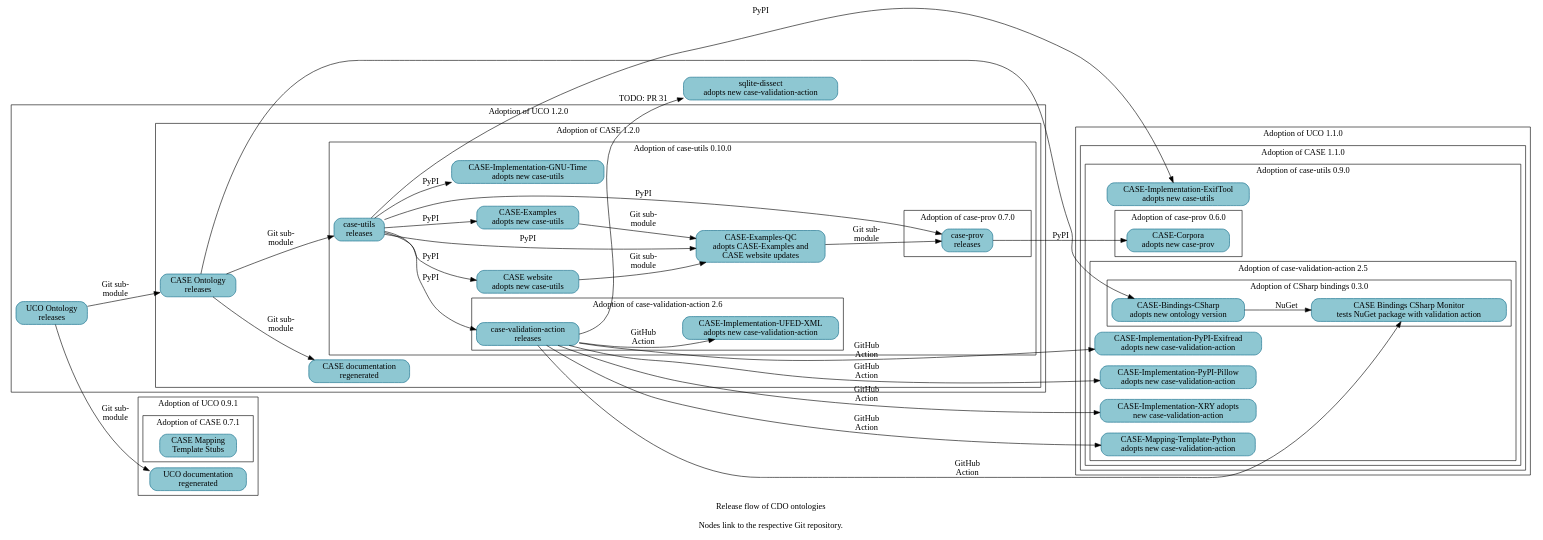
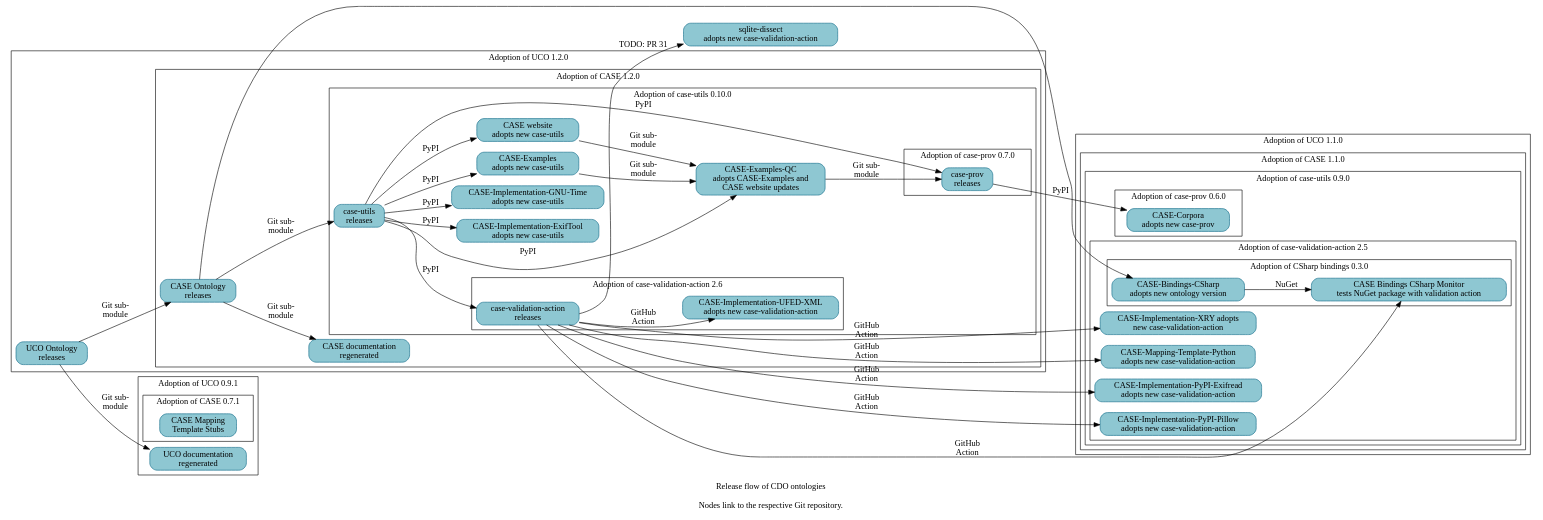
One commit to Cyber-Domain-Ontology/cdo.github.io changed the diagram in resources/project_release_flow.dot. Above: the diagram before and after it, drawn with Graphviz.

Commit message:
Bump case_exiftool adoption status
A follow-on patch will regenerate Make-managed files.

```diff
--- a/resources/project_release_flow.dot
+++ b/resources/project_release_flow.dot
@@ -1,118 +1,117 @@
 digraph "cdo_release_flow" {
   label = "Release flow of CDO ontologies\n\nNodes link to the respective Git repository." ;
   rankdir = "LR" ;
   node [shape="rectangle" style="filled,rounded" fillcolor="#8EC7D2" color="#0D6986"] ;
 
 
   // Define nodes in their corresponding progress subgraph.
 
   subgraph cluster_uco_0_9_1 {
     label = "Adoption of UCO 0.9.1" ;
 
     _GH__UCOPROJECT__ONTOLOGY_UNIFIEDCYBERONTOLOGY_ORG [URL="https://github.com/ucoProject/ontology.unifiedcyberontology.org" label="UCO documentation\nregenerated"] ;
 
     subgraph cluster_case_0_7_1 {
       label = "Adoption of CASE 0.7.1" ;
       _GH__CASEWORK__CASE_MAPPING_TEMPLATE_STUBS [URL="https://github.com/casework/CASE-Mapping-Template-Stubs" label="CASE Mapping\nTemplate Stubs"] ;
     }
   }
   subgraph cluster_uco_1_1_0 {
     label = "Adoption of UCO 1.1.0" ;
 
     subgraph cluster_case_1_1_0 {
       label = "Adoption of CASE 1.1.0" ;
 
       subgraph cluster_case_utils_0_9_0 {
         label = "Adoption of case-utils 0.9.0" ;
-
-        _GH__CASEWORK__CASE_IMPLEMENTATON_EXIFTOOL [URL="https://github.com/casework/CASE-Implementation-ExifTool" label="CASE-Implementation-ExifTool\nadopts new case-utils"] ;
 
         subgraph cluster_case_prov_0_6_0 {
           label = "Adoption of case-prov 0.6.0" ;
 
           _GH__CASEWORK__CASE_CORPORA [URL="https://github.com/casework/CASE-Corpora" label="CASE-Corpora\nadopts new case-prov"] ;
         }
 
         subgraph cluster_case_validation_action_2_5 {
           label = "Adoption of case-validation-action 2.5" ;
 
           _GH__CASEWORK__CASE_IMPLEMENTATON_PYPI_EXIFREAD [URL="https://github.com/casework/CASE-Implementation-PyPI-Exifread" label="CASE-Implementation-PyPI-Exifread\nadopts new case-validation-action"] ;
           _GH__CASEWORK__CASE_IMPLEMENTATON_PYPI_PILLOW [URL="https://github.com/casework/CASE-Implementation-PyPI-Pillow" label="CASE-Implementation-PyPI-Pillow\nadopts new case-validation-action"] ;
           _GH__CASEWORK__CASE_IMPLEMENTATON_XRY [URL="https://github.com/casework/CASE-Implementation-XRY" label="CASE-Implementation-XRY adopts\nnew case-validation-action"] ;
           _GH__CASEWORK__CASE_MAPPING_TEMPLATE_PYTHON [URL="https://github.com/casework/CASE-Mapping-Template-Python" label="CASE-Mapping-Template-Python\nadopts new case-validation-action"] ;
 
           subgraph cluster_case_bindings_csharp_0_3_0 {
             label = "Adoption of CSharp bindings 0.3.0" ;
             _GH__CASEWORK__CASE_BINDINGS_CSHARP_MONITOR [URL="https://github.com/casework/CASE-Bindings-CSharp-Monitor" label="CASE Bindings CSharp Monitor\ntests NuGet package with validation action"] ;
             _GH__CIPHERTECHSOLUTIONS__CASE_BINDINGS_CSHARP [URL="https://github.com/ciphertechsolutions/CASE-Bindings-CSharp" label="CASE-Bindings-CSharp\nadopts new ontology version"]
           }
         }
       }
     }
   }
   subgraph cluster_uco_1_2_0 {
     label = "Adoption of UCO 1.2.0" ;
 
     _GH__UCOPROJECT__UCO [URL="https://github.com/ucoProject/UCO" label="UCO Ontology\nreleases"] ;
 
     subgraph cluster_case_1_2_0 {
       label = "Adoption of CASE 1.2.0" ;
 
       _GH__CASEWORK__CASE [URL="https://github.com/casework/CASE" label="CASE Ontology\nreleases"] ;
       _GH__CASEWORK__ONTOLOGY_CASEONTOLOGY_ORG [URL="https://github.com/casework/ontology.caseontology.org" label="CASE documentation\nregenerated"] ;
 
       subgraph cluster_case_utils_0_10_0 {
         label = "Adoption of case-utils 0.10.0" ;
 
         _GH__AJNELSON_NIST__CASE_EXAMPLES_QC [URL="https://github.com/ajnelson-nist/CASE-Examples-QC" label="CASE-Examples-QC\nadopts CASE-Examples and\nCASE website updates"] ;
         _GH__CASEWORK__CASE_EXAMPLES [URL="https://github.com/casework/CASE-Examples" label="CASE-Examples\nadopts new case-utils"] ;
+        _GH__CASEWORK__CASE_IMPLEMENTATON_EXIFTOOL [URL="https://github.com/casework/CASE-Implementation-ExifTool" label="CASE-Implementation-ExifTool\nadopts new case-utils"] ;
         _GH__CASEWORK__CASE_IMPLEMENTATON_GNU_TIME [URL="https://github.com/casework/CASE-Implementation-GNU-Time" label="CASE-Implementation-GNU-Time\nadopts new case-utils"] ;
         _GH__CASEWORK__CASE_UTILITIES_PYTHON [URL="https://github.com/casework/CASE-Utilities-Python" label="case-utils\nreleases"] ;
         _GH__CASEWORK__CASEWORK_GITHUB_IO [URL="https://github.com/casework/casework.github.io" label="CASE website\nadopts new case-utils"] ;
 
         subgraph cluster_case_prov_0_7_0 {
           label = "Adoption of case-prov 0.7.0" ;
 
           _GH__CASEWORK__CASE_IMPLEMENTATON_PROV_O [URL="https://github.com/casework/CASE-Implementation-PROV-O" label="case-prov\nreleases"] ;
         }
         subgraph cluster_case_validation_action_2_6 {
           label = "Adoption of case-validation-action 2.6" ;
 
           _GH__CASEWORK__CASE_IMPLEMENTATON_UFED_XML [URL="https://github.com/casework/CASE-Implementation-UFED-XML" label="CASE-Implementation-UFED-XML\nadopts new case-validation-action"] ;
           _GH__KCHASON__CASE_VALIDATION_ACTION [URL="https://github.com/kchason/case-validation-action" label="case-validation-action\nreleases"] ;
         }
       }
     }
   }
 
   _GH__DOD_CYBER_CRIME_CENTER__SQLITE_DISSECT [URL="https://github.com/dod-cyber-crime-center/sqlite-dissect" label="sqlite-dissect\nadopts new case-validation-action"] ;
 
   // Begin edges
 
   _GH__AJNELSON_NIST__CASE_EXAMPLES_QC -> _GH__CASEWORK__CASE_IMPLEMENTATON_PROV_O [label="Git sub-\nmodule"] ;
   _GH__CASEWORK__CASE -> _GH__CASEWORK__CASE_UTILITIES_PYTHON [label="Git sub-\nmodule"] ;
   _GH__CASEWORK__CASE -> _GH__CIPHERTECHSOLUTIONS__CASE_BINDINGS_CSHARP ;
   _GH__CASEWORK__CASE -> _GH__CASEWORK__ONTOLOGY_CASEONTOLOGY_ORG [label="Git sub-\nmodule"] ; 
   _GH__CASEWORK__CASE_EXAMPLES -> _GH__AJNELSON_NIST__CASE_EXAMPLES_QC [label="Git sub-\nmodule"] ;
   _GH__CASEWORK__CASE_IMPLEMENTATON_PROV_O -> _GH__CASEWORK__CASE_CORPORA [label="PyPI"] ;
   _GH__CASEWORK__CASE_UTILITIES_PYTHON -> _GH__AJNELSON_NIST__CASE_EXAMPLES_QC [label="PyPI"] ;
   _GH__CASEWORK__CASE_UTILITIES_PYTHON -> _GH__CASEWORK__CASE_EXAMPLES [label="PyPI"] ;
   _GH__CASEWORK__CASE_UTILITIES_PYTHON -> _GH__CASEWORK__CASE_IMPLEMENTATON_EXIFTOOL [label="PyPI"] ;
   _GH__CASEWORK__CASE_UTILITIES_PYTHON -> _GH__CASEWORK__CASE_IMPLEMENTATON_GNU_TIME [label="PyPI"] ;
   _GH__CASEWORK__CASE_UTILITIES_PYTHON -> _GH__CASEWORK__CASE_IMPLEMENTATON_PROV_O [label="PyPI"] ;
   _GH__CASEWORK__CASE_UTILITIES_PYTHON -> _GH__KCHASON__CASE_VALIDATION_ACTION [label="PyPI"] ;
   _GH__CASEWORK__CASE_UTILITIES_PYTHON -> _GH__CASEWORK__CASEWORK_GITHUB_IO [label="PyPI"] ;
   _GH__CASEWORK__CASEWORK_GITHUB_IO -> _GH__AJNELSON_NIST__CASE_EXAMPLES_QC [label="Git sub-\nmodule"] ;
   _GH__CIPHERTECHSOLUTIONS__CASE_BINDINGS_CSHARP -> _GH__CASEWORK__CASE_BINDINGS_CSHARP_MONITOR [label="NuGet"] ;
   _GH__KCHASON__CASE_VALIDATION_ACTION -> _GH__CASEWORK__CASE_BINDINGS_CSHARP_MONITOR [label="GitHub\nAction"] ;
   _GH__KCHASON__CASE_VALIDATION_ACTION -> _GH__CASEWORK__CASE_IMPLEMENTATON_PYPI_EXIFREAD [label="GitHub\nAction"] ;
   _GH__KCHASON__CASE_VALIDATION_ACTION -> _GH__CASEWORK__CASE_IMPLEMENTATON_PYPI_PILLOW [label="GitHub\nAction"] ;
   _GH__KCHASON__CASE_VALIDATION_ACTION -> _GH__CASEWORK__CASE_IMPLEMENTATON_UFED_XML [label="GitHub\nAction"] ;
   _GH__KCHASON__CASE_VALIDATION_ACTION -> _GH__CASEWORK__CASE_IMPLEMENTATON_XRY [label="GitHub\nAction"] ;
   _GH__KCHASON__CASE_VALIDATION_ACTION -> _GH__CASEWORK__CASE_MAPPING_TEMPLATE_PYTHON [label="GitHub\nAction"] ;
   _GH__KCHASON__CASE_VALIDATION_ACTION -> _GH__DOD_CYBER_CRIME_CENTER__SQLITE_DISSECT [URL="https://github.com/dod-cyber-crime-center/sqlite-dissect/pull/31" label="TODO: PR 31"] ;
   // TODO _GH__UCOPROJECT__ONTOLOGY_UNIFIEDCYBERONTOLOGY_ORG -> _GH__CASEWORK__ONTOLOGY_CASEONTOLOGY_ORG [label="Tech-\ncheck"];
   _GH__UCOPROJECT__UCO -> _GH__CASEWORK__CASE [label="Git sub-\nmodule"] ;
   _GH__UCOPROJECT__UCO -> _GH__UCOPROJECT__ONTOLOGY_UNIFIEDCYBERONTOLOGY_ORG [label="Git sub-\nmodule"] ;
 
 }
```
